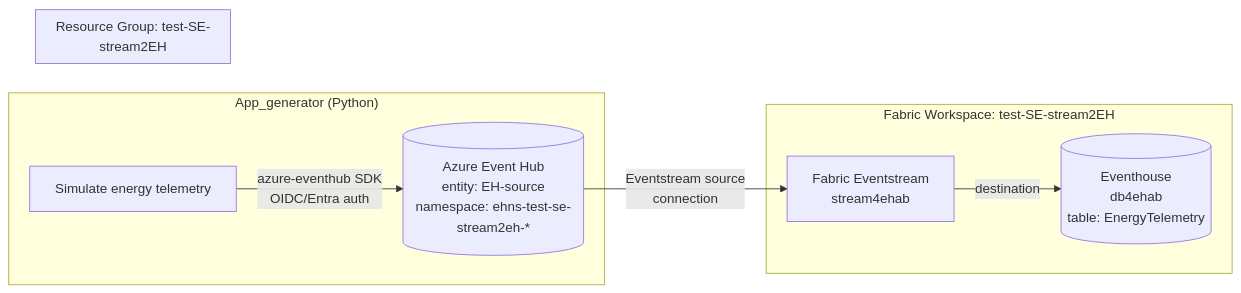
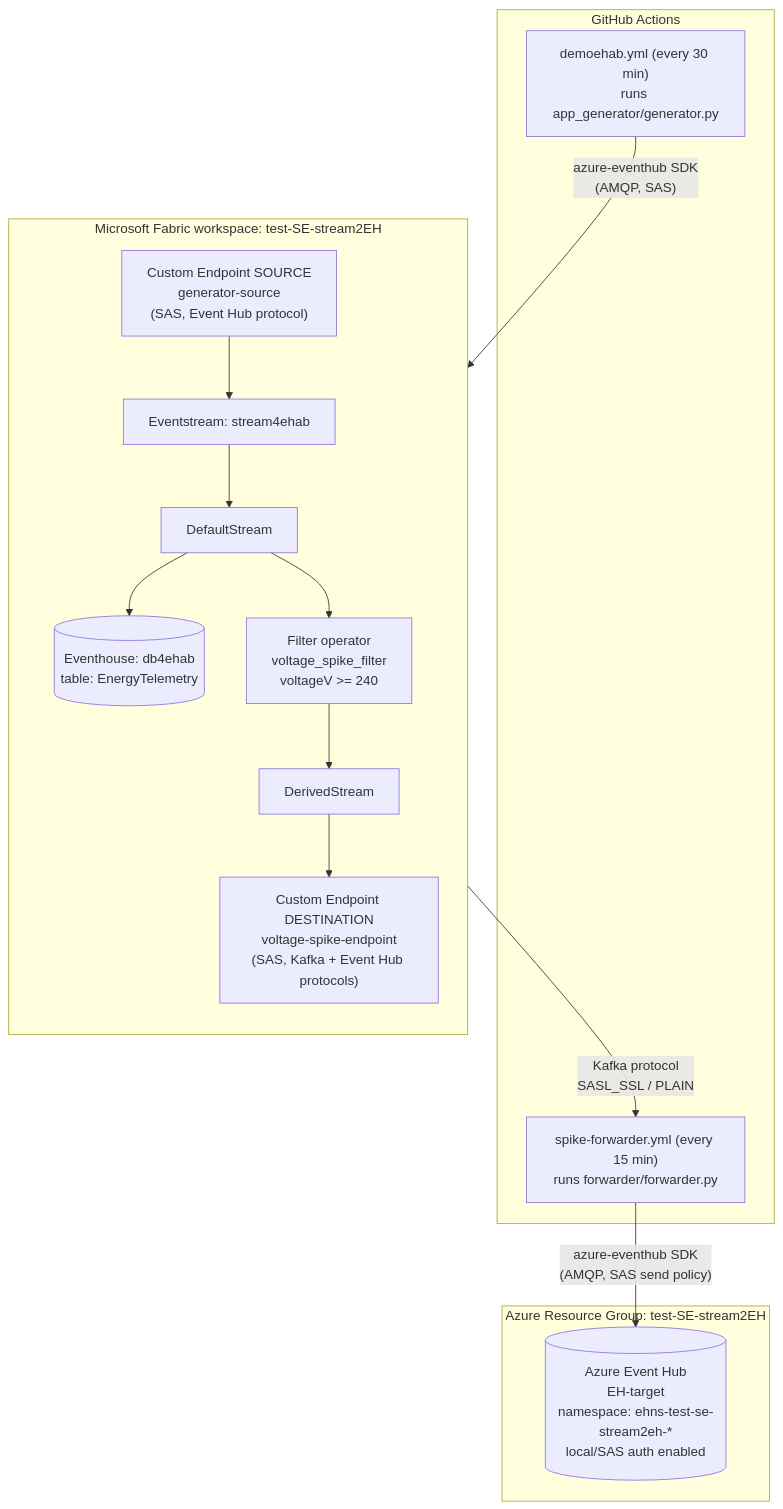
One commit to stpapaix/test-SE-stream2EH changed the diagram in README.md. Above: the diagram before and after it, drawn with Mermaid. The commit also changed other lines of this file, not shown here.

Commit message:
Update README with current architecture (Custom Endpoint source/destination, Kafka-based forwarder) and detailed Mermaid diagram

````diff
--- a/README.md
+++ b/README.md
@@ -9,17 +16,30 @@
 ```mermaid
-flowchart LR
-    subgraph Generator["App_generator (Python)"]
-        A[Simulate energy telemetry] -->|azure-eventhub SDK<br/>OIDC/Entra auth| B
+flowchart TB
+    subgraph GH["GitHub Actions"]
+        GEN["demoehab.yml (every 30 min)<br/>runs app_generator/generator.py"]
+        FWD["spike-forwarder.yml (every 15 min)<br/>runs forwarder/forwarder.py"]
     end
-    B[("Azure Event Hub<br/>entity: EH-source<br/>namespace: ehns-test-se-stream2eh-*")]
-    B -->|Eventstream source<br/>connection| C[Fabric Eventstream<br/>stream4ehab]
-    C -->|destination| D[(Eventhouse<br/>db4ehab<br/>table: EnergyTelemetry)]
 
-    subgraph RG["Resource Group: test-SE-stream2EH"]
-        B
+    subgraph FAB["Microsoft Fabric workspace: test-SE-stream2EH"]
+        direction TB
+        SRC["Custom Endpoint SOURCE<br/>generator-source<br/>(SAS, Event Hub protocol)"]
+        ES["Eventstream: stream4ehab"]
+        STREAM["DefaultStream"]
+        FILTER["Filter operator<br/>voltage_spike_filter<br/>voltageV &gt;= 240"]
+        DSTREAM["DerivedStream"]
+        EH_HOUSE[("Eventhouse: db4ehab<br/>table: EnergyTelemetry")]
+        DEST["Custom Endpoint DESTINATION<br/>voltage-spike-endpoint<br/>(SAS, Kafka + Event Hub protocols)"]
+
+        SRC --> ES --> STREAM
+        STREAM --> EH_HOUSE
+        STREAM --> FILTER --> DSTREAM --> DEST
     end
-    subgraph FabWS["Fabric Workspace: test-SE-stream2EH"]
-        C
-        D
+
+    subgraph AZ["Azure Resource Group: test-SE-stream2EH"]
+        EHT[("Azure Event Hub<br/>EH-target<br/>namespace: ehns-test-se-stream2eh-*<br/>local/SAS auth enabled")]
     end
+
+    GEN -- "azure-eventhub SDK<br/>(AMQP, SAS)" --> SRC
+    DEST -- "Kafka protocol<br/>SASL_SSL / PLAIN" --> FWD
+    FWD -- "azure-eventhub SDK<br/>(AMQP, SAS send policy)" --> EHT
 ```
````
